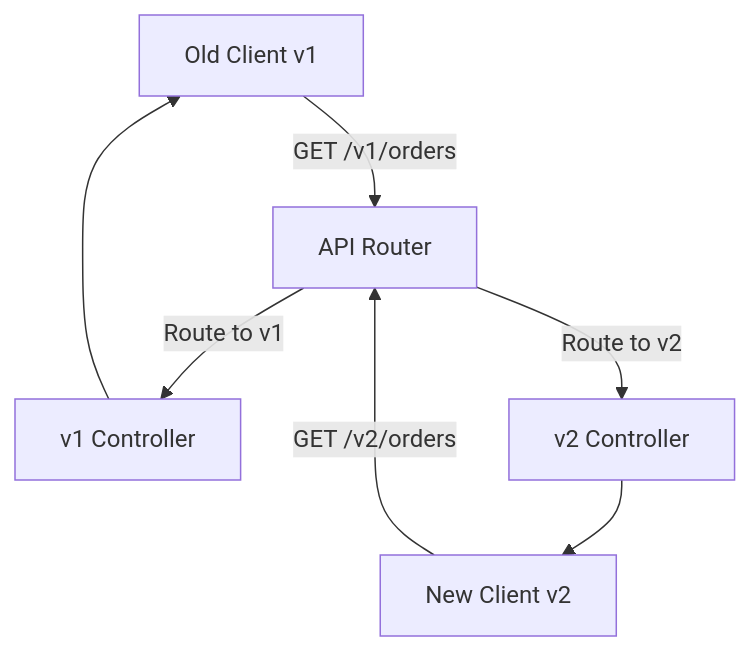
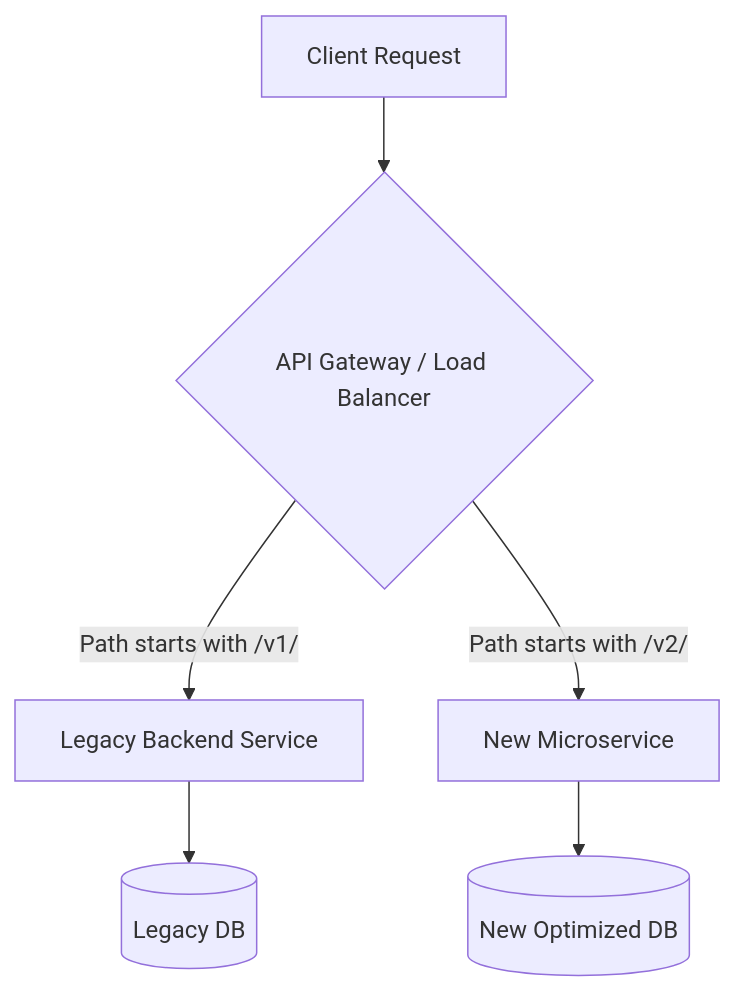
The second of 2 diagrams in docs/02-rest-api-engineering/01-professional-api-design.md (adityasinghr651/Complete-Backend), drawn with Mermaid before and after one commit. The commit also changed other lines of this file, not shown here.

Commit message:
docs: expand day 5 api design with advanced details

````diff
--- a/docs/02-rest-api-engineering/01-professional-api-design.md
+++ b/docs/02-rest-api-engineering/01-professional-api-design.md
@@ -339,10 +265,9 @@
 ```mermaid
 graph TD
-    A[Old Client v1] -->|GET /v1/orders| B[API Router]
-    B -->|Route to v1| C[v1 Controller]
-    C --> A
+    A[Client Request] --> B{API Gateway / Load Balancer}
+    B -->|Path starts with /v1/| C[Legacy Backend Service]
+    B -->|Path starts with /v2/| D[New Microservice]
     
-    D[New Client v2] -->|GET /v2/orders| B
-    B -->|Route to v2| E[v2 Controller]
-    E --> D
+    C --> E[(Legacy DB)]
+    D --> F[(New Optimized DB)]
 ```
````
